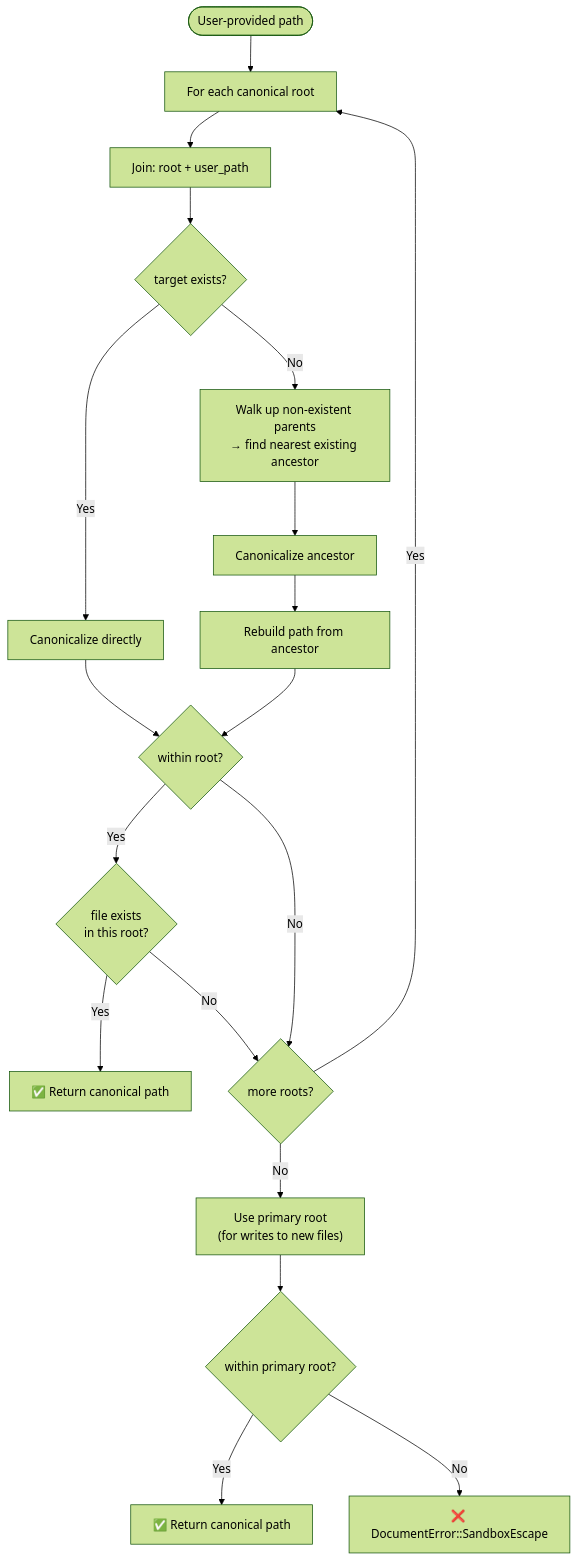
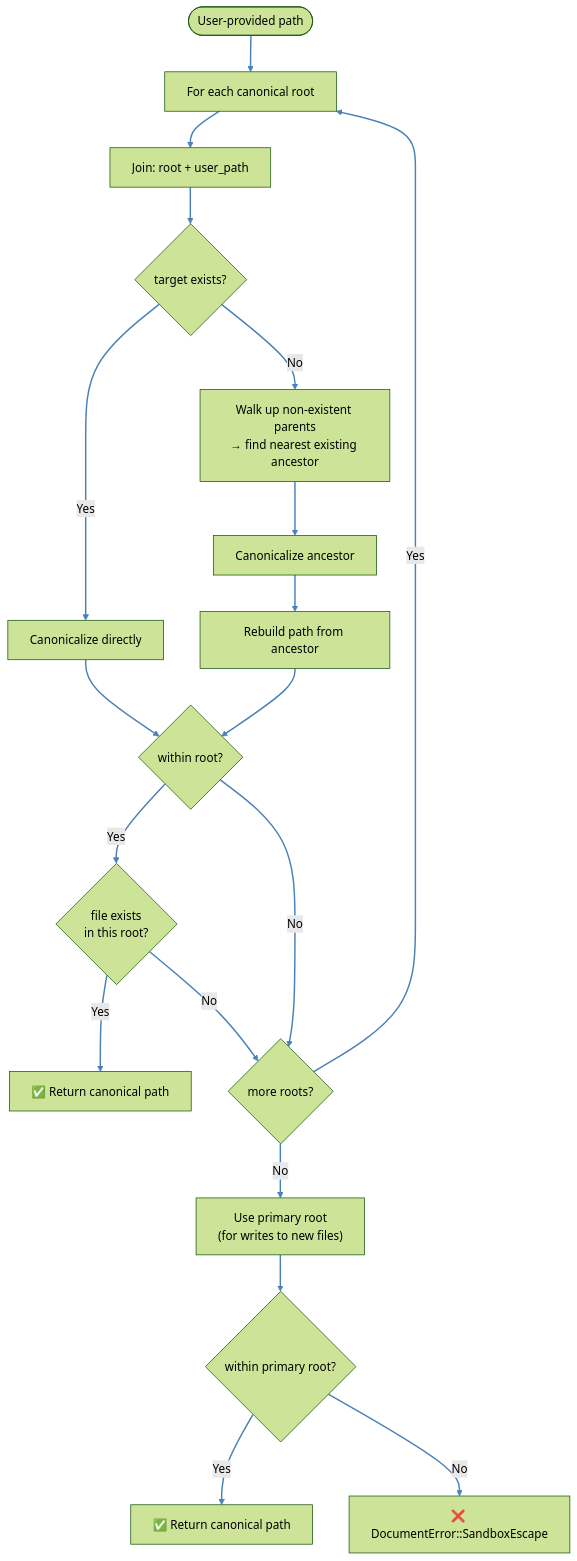
The second of 3 diagrams in docs/diagrams/flowchart.md (skaarfundgandr/agent_rs), drawn with Mermaid (forest theme) before and after one commit. The commit also changed other lines of this file and 6 other files, not shown here.

````diff
--- a/docs/diagrams/flowchart.md
+++ b/docs/diagrams/flowchart.md
@@ -31,21 +32,22 @@
 ```mermaid
 flowchart TB
     Input(["User-provided path"]) --> LoopStart["For each canonical root"]
     LoopStart --> Join["Join: root + user_path"]
     Join --> Exists{"target exists?"}
     Exists -->|Yes| CanonTarget["Canonicalize directly"]
     Exists -->|No| WalkUp["Walk up non-existent parents<br/>→ find nearest existing ancestor"]
     WalkUp --> CanonAncestor["Canonicalize ancestor"]
     CanonAncestor --> Rebuild["Rebuild path from ancestor"]
     Rebuild --> WithinRoot{"within root?"}
     CanonTarget --> WithinRoot
     WithinRoot -->|Yes| ExistsCheck{"file exists<br/>in this root?"}
     WithinRoot -->|No| NextRoot{"more roots?"}
     ExistsCheck -->|Yes| Success["✅ Return canonical path"]
     ExistsCheck -->|No| NextRoot
     NextRoot -->|Yes| LoopStart
     NextRoot -->|No| Primary["Use primary root<br/>(for writes to new files)"]
     Primary --> PrimaryCheck{"within primary root?"}
     PrimaryCheck -->|Yes| Success2["✅ Return canonical path"]
     PrimaryCheck -->|No| Fail["❌ DocumentError::SandboxEscape"]
+    linkStyle default stroke:#4a82b8,stroke-width:2px;
 ```
````
